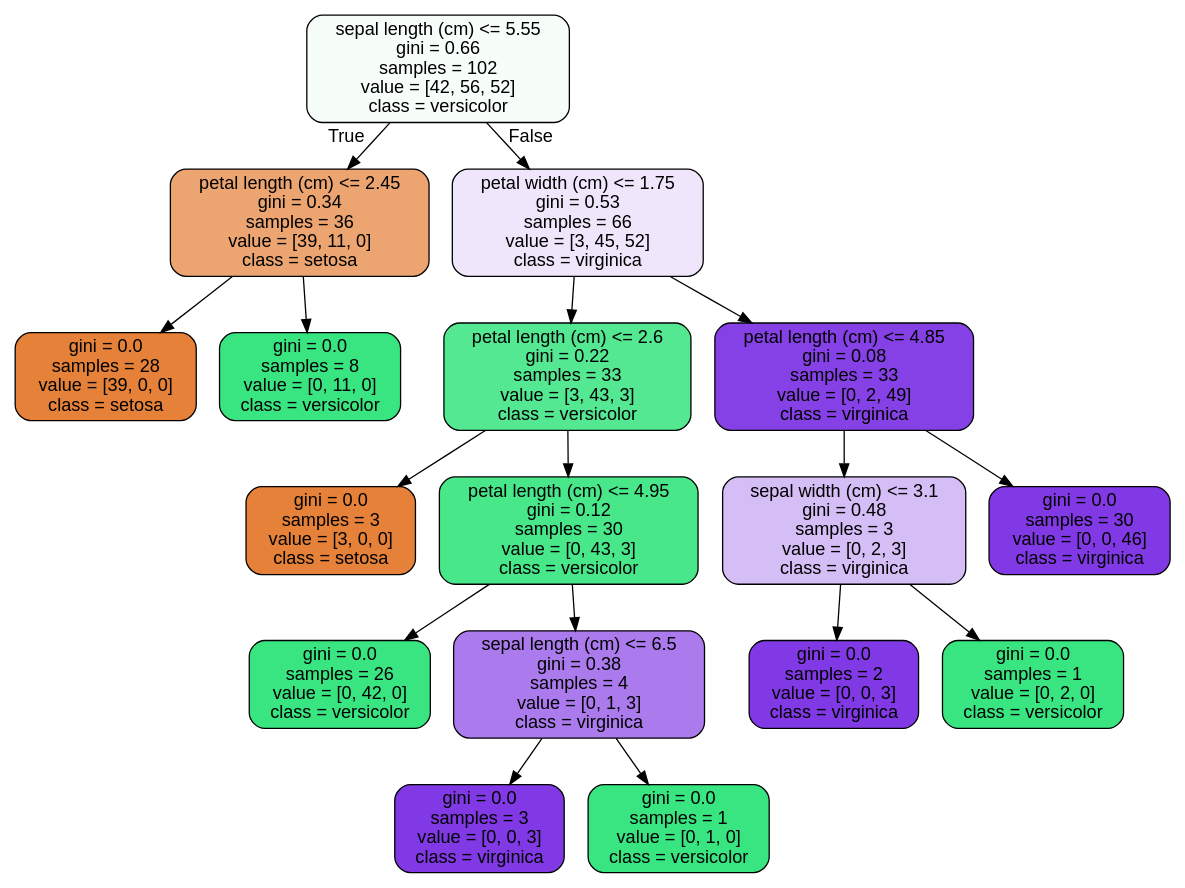
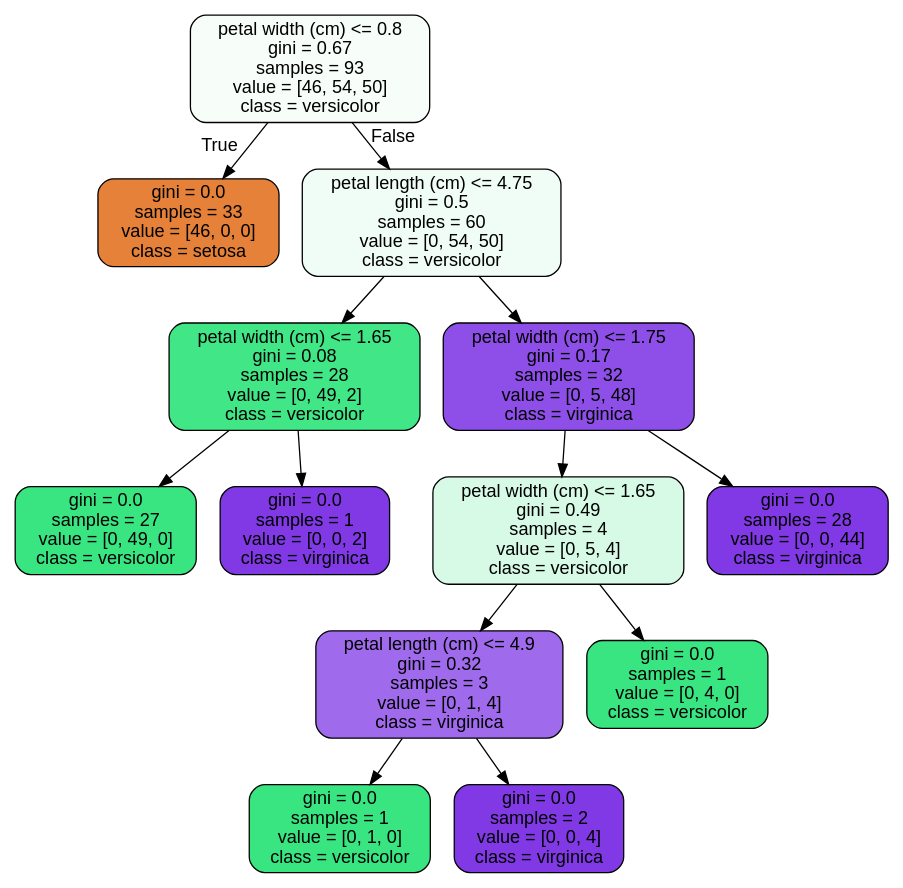
Before and after one commit to vanslykeaudio/SpringBoardDataScience: the diagram in RandomForest Covid Case Study/tree.dot, drawn with Graphviz. The commit also changed 2 other files, not shown here.

```diff
--- a/RandomForest Covid Case Study/tree.dot
+++ b/RandomForest Covid Case Study/tree.dot
@@ -1,37 +1,29 @@
 digraph Tree {
 node [shape=box, style="filled, rounded", color="black", fontname="helvetica"] ;
 edge [fontname="helvetica"] ;
-0 [label="sepal length (cm) <= 5.55\ngini = 0.66\nsamples = 102\nvalue = [42, 56, 52]\nclass = versicolor", fillcolor="#f7fefa"] ;
-1 [label="petal length (cm) <= 2.45\ngini = 0.34\nsamples = 36\nvalue = [39, 11, 0]\nclass = setosa", fillcolor="#eca571"] ;
+0 [label="petal width (cm) <= 0.8\ngini = 0.67\nsamples = 93\nvalue = [46, 54, 50]\nclass = versicolor", fillcolor="#f7fefa"] ;
+1 [label="gini = 0.0\nsamples = 33\nvalue = [46, 0, 0]\nclass = setosa", fillcolor="#e58139"] ;
 0 -> 1 [labeldistance=2.5, labelangle=45, headlabel="True"] ;
-2 [label="gini = 0.0\nsamples = 28\nvalue = [39, 0, 0]\nclass = setosa", fillcolor="#e58139"] ;
-1 -> 2 ;
-3 [label="gini = 0.0\nsamples = 8\nvalue = [0, 11, 0]\nclass = versicolor", fillcolor="#39e581"] ;
-1 -> 3 ;
-4 [label="petal width (cm) <= 1.75\ngini = 0.53\nsamples = 66\nvalue = [3, 45, 52]\nclass = virginica", fillcolor="#efe6fc"] ;
-0 -> 4 [labeldistance=2.5, labelangle=-45, headlabel="False"] ;
-5 [label="petal length (cm) <= 2.6\ngini = 0.22\nsamples = 33\nvalue = [3, 43, 3]\nclass = versicolor", fillcolor="#53e891"] ;
-4 -> 5 ;
-6 [label="gini = 0.0\nsamples = 3\nvalue = [3, 0, 0]\nclass = setosa", fillcolor="#e58139"] ;
-5 -> 6 ;
-7 [label="petal length (cm) <= 4.95\ngini = 0.12\nsamples = 30\nvalue = [0, 43, 3]\nclass = versicolor", fillcolor="#47e78a"] ;
-5 -> 7 ;
-8 [label="gini = 0.0\nsamples = 26\nvalue = [0, 42, 0]\nclass = versicolor", fillcolor="#39e581"] ;
+2 [label="petal length (cm) <= 4.75\ngini = 0.5\nsamples = 60\nvalue = [0, 54, 50]\nclass = versicolor", fillcolor="#f0fdf6"] ;
+0 -> 2 [labeldistance=2.5, labelangle=-45, headlabel="False"] ;
+3 [label="petal width (cm) <= 1.65\ngini = 0.08\nsamples = 28\nvalue = [0, 49, 2]\nclass = versicolor", fillcolor="#41e686"] ;
+2 -> 3 ;
+4 [label="gini = 0.0\nsamples = 27\nvalue = [0, 49, 0]\nclass = versicolor", fillcolor="#39e581"] ;
+3 -> 4 ;
+5 [label="gini = 0.0\nsamples = 1\nvalue = [0, 0, 2]\nclass = virginica", fillcolor="#8139e5"] ;
+3 -> 5 ;
+6 [label="petal width (cm) <= 1.75\ngini = 0.17\nsamples = 32\nvalue = [0, 5, 48]\nclass = virginica", fillcolor="#8e4ee8"] ;
+2 -> 6 ;
+7 [label="petal width (cm) <= 1.65\ngini = 0.49\nsamples = 4\nvalue = [0, 5, 4]\nclass = versicolor", fillcolor="#d7fae6"] ;
+6 -> 7 ;
+8 [label="petal length (cm) <= 4.9\ngini = 0.32\nsamples = 3\nvalue = [0, 1, 4]\nclass = virginica", fillcolor="#a06aec"] ;
 7 -> 8 ;
-9 [label="sepal length (cm) <= 6.5\ngini = 0.38\nsamples = 4\nvalue = [0, 1, 3]\nclass = virginica", fillcolor="#ab7bee"] ;
-7 -> 9 ;
-10 [label="gini = 0.0\nsamples = 3\nvalue = [0, 0, 3]\nclass = virginica", fillcolor="#8139e5"] ;
-9 -> 10 ;
-11 [label="gini = 0.0\nsamples = 1\nvalue = [0, 1, 0]\nclass = versicolor", fillcolor="#39e581"] ;
-9 -> 11 ;
-12 [label="petal length (cm) <= 4.85\ngini = 0.08\nsamples = 33\nvalue = [0, 2, 49]\nclass = virginica", fillcolor="#8641e6"] ;
-4 -> 12 ;
-13 [label="sepal width (cm) <= 3.1\ngini = 0.48\nsamples = 3\nvalue = [0, 2, 3]\nclass = virginica", fillcolor="#d5bdf6"] ;
-12 -> 13 ;
-14 [label="gini = 0.0\nsamples = 2\nvalue = [0, 0, 3]\nclass = virginica", fillcolor="#8139e5"] ;
-13 -> 14 ;
-15 [label="gini = 0.0\nsamples = 1\nvalue = [0, 2, 0]\nclass = versicolor", fillcolor="#39e581"] ;
-13 -> 15 ;
-16 [label="gini = 0.0\nsamples = 30\nvalue = [0, 0, 46]\nclass = virginica", fillcolor="#8139e5"] ;
-12 -> 16 ;
+9 [label="gini = 0.0\nsamples = 1\nvalue = [0, 1, 0]\nclass = versicolor", fillcolor="#39e581"] ;
+8 -> 9 ;
+10 [label="gini = 0.0\nsamples = 2\nvalue = [0, 0, 4]\nclass = virginica", fillcolor="#8139e5"] ;
+8 -> 10 ;
+11 [label="gini = 0.0\nsamples = 1\nvalue = [0, 4, 0]\nclass = versicolor", fillcolor="#39e581"] ;
+7 -> 11 ;
+12 [label="gini = 0.0\nsamples = 28\nvalue = [0, 0, 44]\nclass = virginica", fillcolor="#8139e5"] ;
+6 -> 12 ;
 }
```
